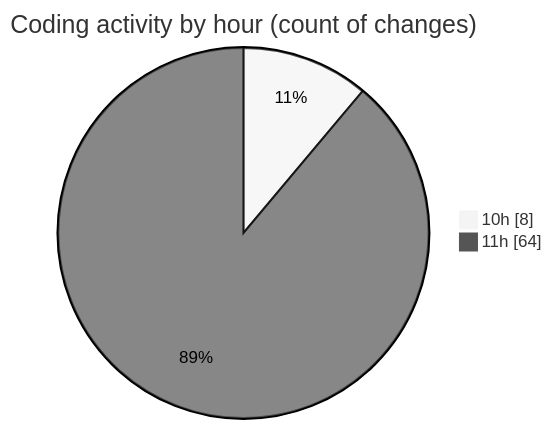
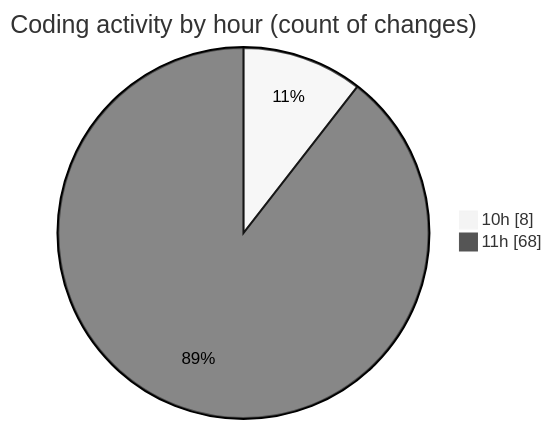
Before and after one commit to nxtqubesakshisongat/code-tracking: the second of 2 diagrams in 2025-08-22/nxtqube_webapp/README.md, drawn with Mermaid (neutral theme). The commit also changed other lines of this file and 1 other file, not shown here.

````diff
--- a/2025-08-22/nxtqube_webapp/README.md
+++ b/2025-08-22/nxtqube_webapp/README.md
@@ -28,6 +28,6 @@
 ```mermaid
 pie showData
 title Coding activity by hour (count of changes)
 "10h" : 8
-"11h" : 64
+"11h" : 68
 ```
````
